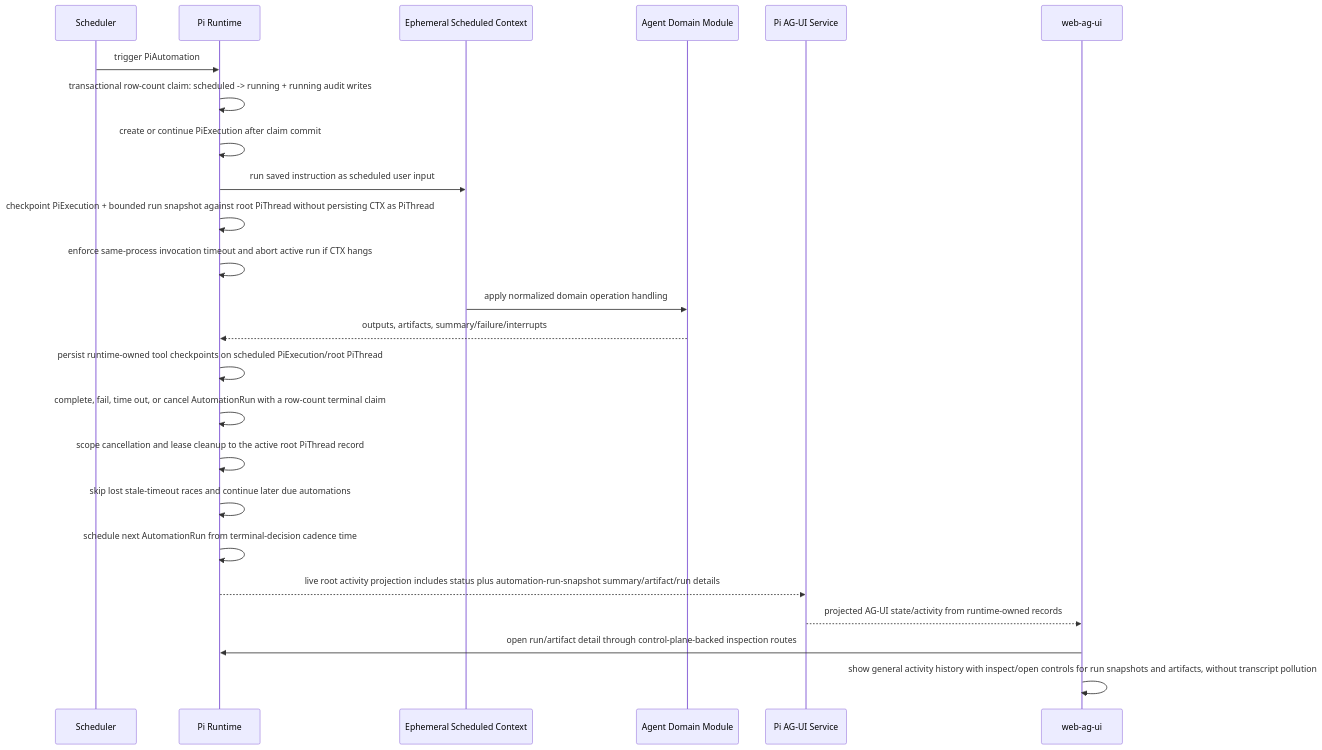
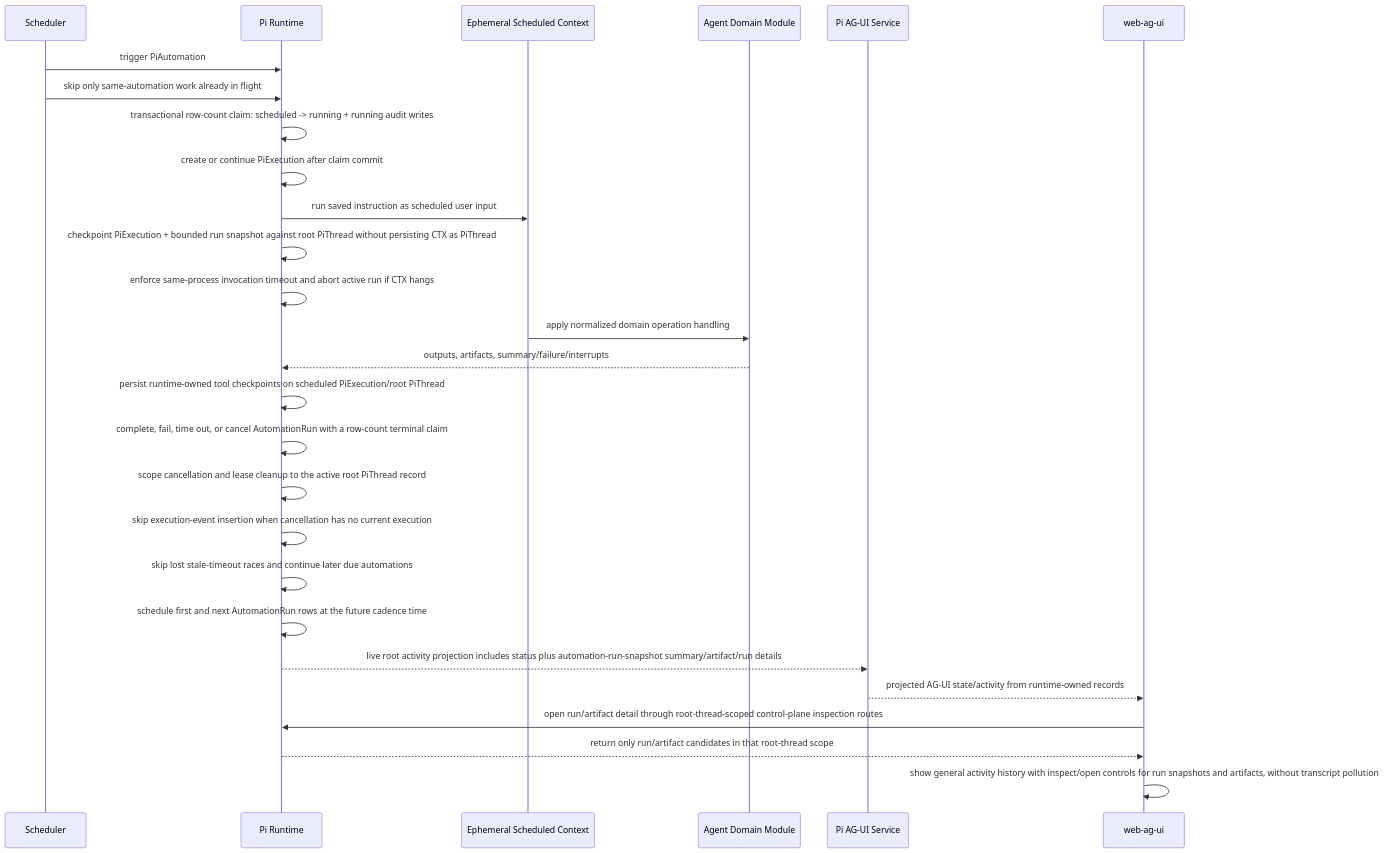
Before and after one commit to EmberAGI/arbitrum-vibekit: the sixth of 7 diagrams in typescript/clients/web-ag-ui/docs/c4-pi-runtime-architecture-and-boundaries.md, drawn with Mermaid. The commit also changed 14 other files, not shown here.

````diff
--- a/typescript/clients/web-ag-ui/docs/c4-pi-runtime-architecture-and-boundaries.md
+++ b/typescript/clients/web-ag-ui/docs/c4-pi-runtime-architecture-and-boundaries.md
@@ -339,27 +339,30 @@
 ```mermaid
 sequenceDiagram
   participant SCH as Scheduler
   participant RT as Pi Runtime
   participant CTX as Ephemeral Scheduled Context
   participant DM as Agent Domain Module
   participant AG as Pi AG-UI Service
   participant Web as web-ag-ui
 
   SCH->>RT: trigger PiAutomation
+  SCH->>RT: skip only same-automation work already in flight
   RT->>RT: transactional row-count claim: scheduled -> running + running audit writes
   RT->>RT: create or continue PiExecution after claim commit
   RT->>CTX: run saved instruction as scheduled user input
   RT->>RT: checkpoint PiExecution + bounded run snapshot against root PiThread without persisting CTX as PiThread
   RT->>RT: enforce same-process invocation timeout and abort active run if CTX hangs
   CTX->>DM: apply normalized domain operation handling
   DM-->>RT: outputs, artifacts, summary/failure/interrupts
   RT->>RT: persist runtime-owned tool checkpoints on scheduled PiExecution/root PiThread
   RT->>RT: complete, fail, time out, or cancel AutomationRun with a row-count terminal claim
   RT->>RT: scope cancellation and lease cleanup to the active root PiThread record
+  RT->>RT: skip execution-event insertion when cancellation has no current execution
   RT->>RT: skip lost stale-timeout races and continue later due automations
-  RT->>RT: schedule next AutomationRun from terminal-decision cadence time
+  RT->>RT: schedule first and next AutomationRun rows at the future cadence time
   RT-->>AG: live root activity projection includes status plus automation-run-snapshot summary/artifact/run details
   AG-->>Web: projected AG-UI state/activity from runtime-owned records
-  Web->>RT: open run/artifact detail through control-plane-backed inspection routes
+  Web->>RT: open run/artifact detail through root-thread-scoped control-plane inspection routes
+  RT-->>Web: return only run/artifact candidates in that root-thread scope
   Web->>Web: show general activity history with inspect/open controls for run snapshots and artifacts, without transcript pollution
 ```
````
